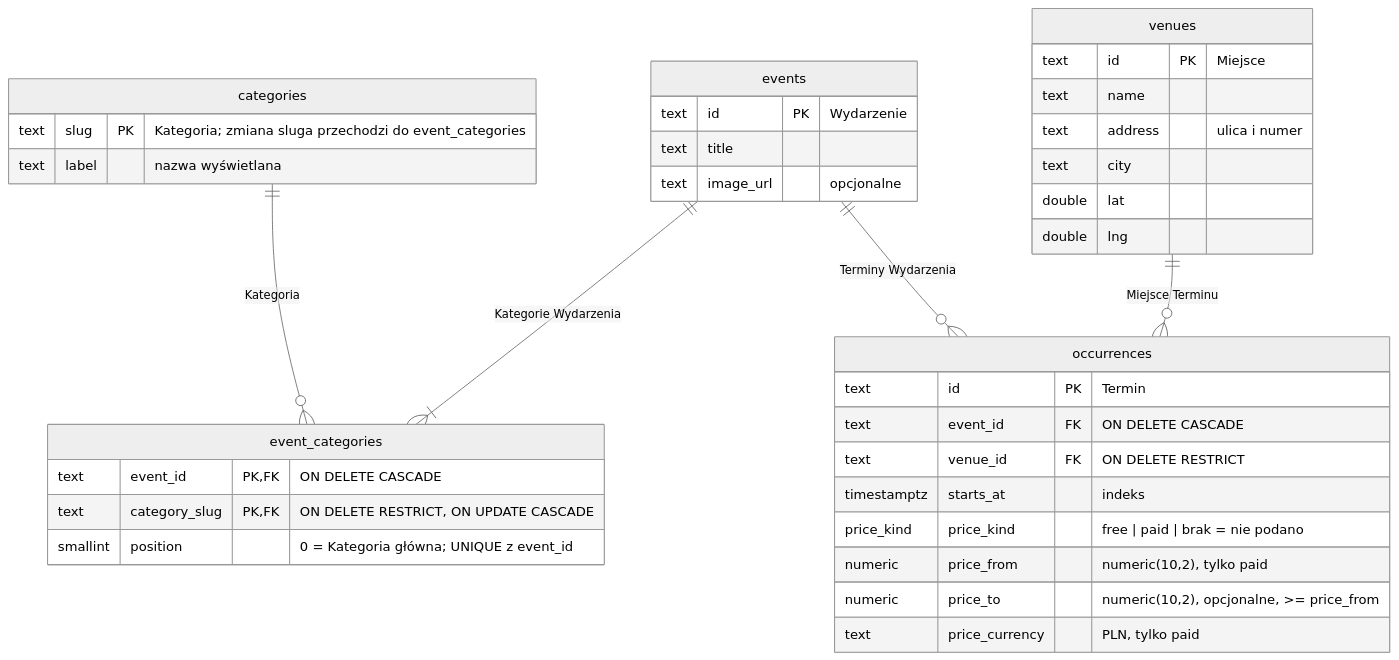
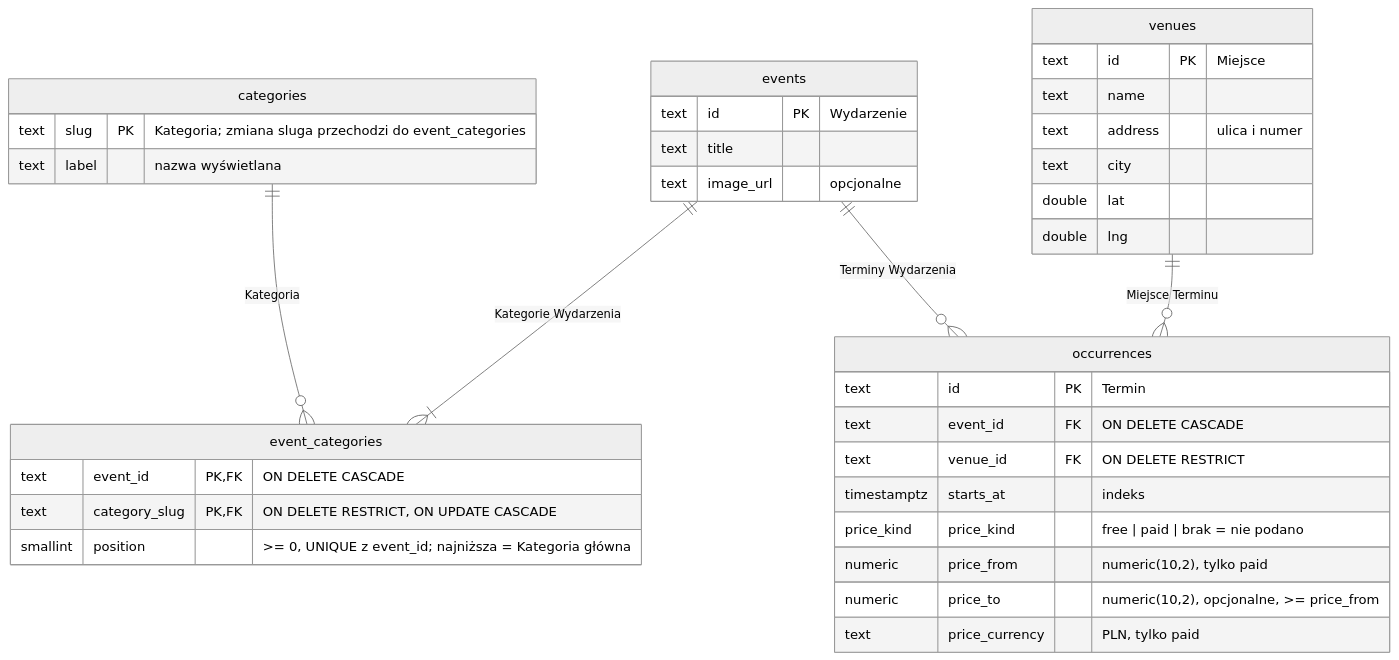
The diagram in docs/database.md (kspacja/events-app), drawn with Mermaid (neutral theme) before and after one commit. The commit also changed other lines of this file and 7 other files, not shown here.

````diff
--- a/docs/database.md
+++ b/docs/database.md
@@ -7,40 +7,40 @@
 ```mermaid
 erDiagram
     categories ||--o{ event_categories : "Kategoria"
     events ||--|{ event_categories : "Kategorie Wydarzenia"
     events ||--o{ occurrences : "Terminy Wydarzenia"
     venues ||--o{ occurrences : "Miejsce Terminu"
 
     categories {
         text slug PK "Kategoria; zmiana sluga przechodzi do event_categories"
         text label "nazwa wyświetlana"
     }
     venues {
         text id PK "Miejsce"
         text name
         text address "ulica i numer"
         text city
         double lat
         double lng
     }
     events {
         text id PK "Wydarzenie"
         text title
         text image_url "opcjonalne"
     }
     event_categories {
         text event_id PK, FK "ON DELETE CASCADE"
         text category_slug PK, FK "ON DELETE RESTRICT, ON UPDATE CASCADE"
-        smallint position "0 = Kategoria główna; UNIQUE z event_id"
+        smallint position ">= 0, UNIQUE z event_id; najniższa = Kategoria główna"
     }
     occurrences {
         text id PK "Termin"
         text event_id FK "ON DELETE CASCADE"
         text venue_id FK "ON DELETE RESTRICT"
         timestamptz starts_at "indeks"
         price_kind price_kind "free | paid | brak = nie podano"
         numeric price_from "numeric(10,2), tylko paid"
         numeric price_to "numeric(10,2), opcjonalne, >= price_from"
         text price_currency "PLN, tylko paid"
     }
 ```
````
